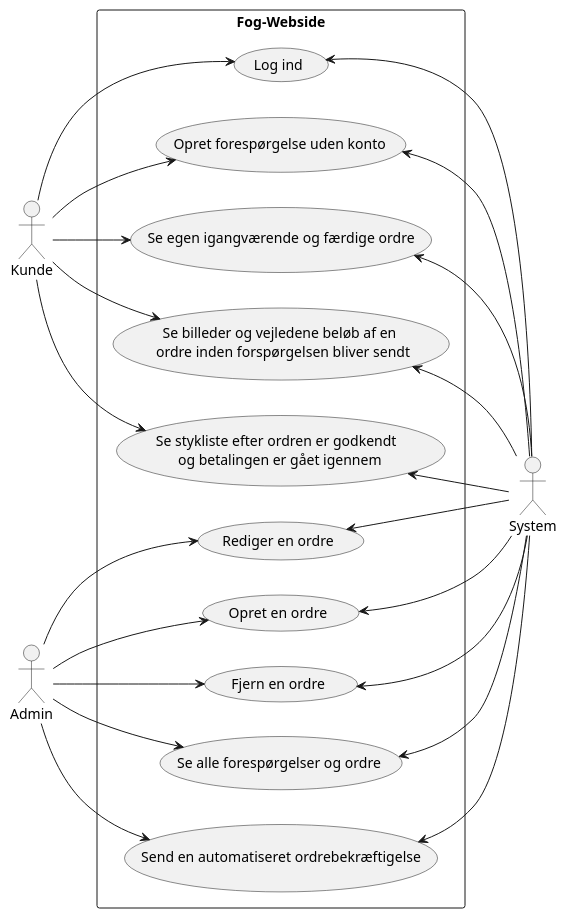
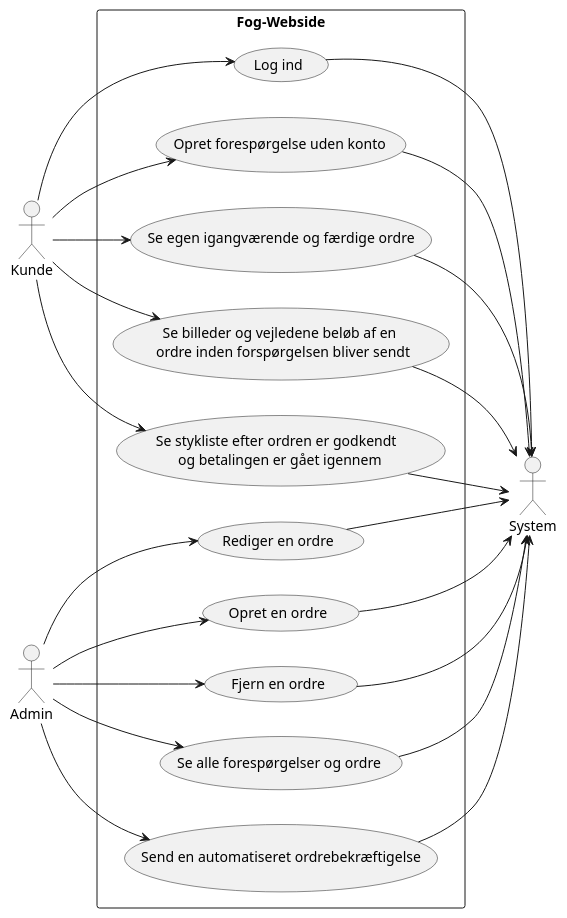
The diagram in examproject/documentation/Use Case diagram.puml (SimonLyng/Fog-projekt-2.semester), drawn with PlantUML before and after one commit.

Commit message:
Usecase diagram arrows points the right way now.

```diff
--- a/examproject/documentation/Use Case diagram.puml
+++ b/examproject/documentation/Use Case diagram.puml
@@ -1,40 +1,40 @@
 @startuml
 'https://plantuml.com/use-case-diagram
 left to right direction
 
 rectangle Fog-Webside {
     usecase "Log ind" as kundeU1
     usecase "Opret en ordre" as adminU1
     usecase "Opret forespørgelse uden konto" as kundeU2
     usecase "Se alle forespørgelser og ordre" as adminU2
     usecase "Se egen igangværende og færdige ordre" as kundeU3
     usecase "Rediger en ordre" as adminU3
     usecase "Fjern en ordre" as adminU4
     usecase "Se billeder og vejledene beløb af en \n ordre inden forspørgelsen bliver sendt" as kundeU4
     usecase "Se stykliste efter ordren er godkendt \n og betalingen er gået igennem" as kundeU5
     usecase "Send en automatiseret ordrebekræftigelse" as adminU5
 }
 
 :Kunde: as Kunde
 Kunde --> kundeU1
 Admin --> adminU1
 Kunde --> kundeU2
 Admin --> adminU2
 Kunde --> kundeU3
 Admin --> adminU3
 Admin --> adminU4
 Kunde --> kundeU4
 Kunde --> kundeU5
 Admin --> adminU5
-kundeU1 <-- System
-kundeU2 <-- System
-kundeU3 <-- System
-kundeU4 <-- System
-kundeU5 <-- System
-adminU1 <-- System
-adminU2 <-- System
-adminU3 <-- System
-adminU4 <-- System
-adminU5 <-- System
+kundeU1 --> System
+kundeU2 --> System
+kundeU3 --> System
+kundeU4 --> System
+kundeU5 --> System
+adminU1 --> System
+adminU2 --> System
+adminU3 --> System
+adminU4 --> System
+adminU5 --> System
 
 @enduml
```
